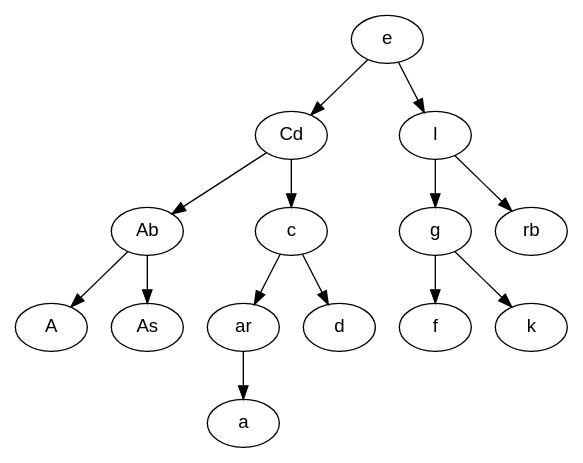
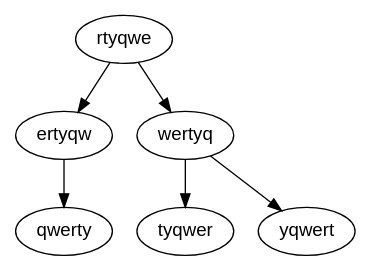
The diagram in lab_07/misc/images/word_tree_balanced.dot (DeadCool23/TaDS), drawn with Graphviz before and after one commit. The commit also changed 3 other files, not shown here.

```diff
--- a/lab_07/misc/images/word_tree_balanced.dot
+++ b/lab_07/misc/images/word_tree_balanced.dot
@@ -1,30 +1,14 @@
 digraph balanced_word_tree {
   node [fontname="Arial"];
-  "e" [label="e"];
-  "Cd" [label="Cd"];
-  "Ab" [label="Ab"];
-  "A" [label="A"];
-  "As" [label="As"];
-  "c" [label="c"];
-  "ar" [label="ar"];
-  "a" [label="a"];
-  "d" [label="d"];
-  "l" [label="l"];
-  "g" [label="g"];
-  "f" [label="f"];
-  "k" [label="k"];
-  "rb" [label="rb"];
-  "e" -> "Cd";
-  "e" -> "l";
-  "Cd" -> "Ab";
-  "Cd" -> "c";
-  "Ab" -> "A";
-  "Ab" -> "As";
-  "c" -> "ar";
-  "c" -> "d";
-  "ar" -> "a";
-  "l" -> "g";
-  "l" -> "rb";
-  "g" -> "f";
-  "g" -> "k";
+  "rtyqwe" [label="rtyqwe"];
+  "ertyqw" [label="ertyqw"];
+  "qwerty" [label="qwerty"];
+  "wertyq" [label="wertyq"];
+  "tyqwer" [label="tyqwer"];
+  "yqwert" [label="yqwert"];
+  "rtyqwe" -> "ertyqw";
+  "rtyqwe" -> "wertyq";
+  "ertyqw" -> "qwerty";
+  "wertyq" -> "tyqwer";
+  "wertyq" -> "yqwert";
 }
```
